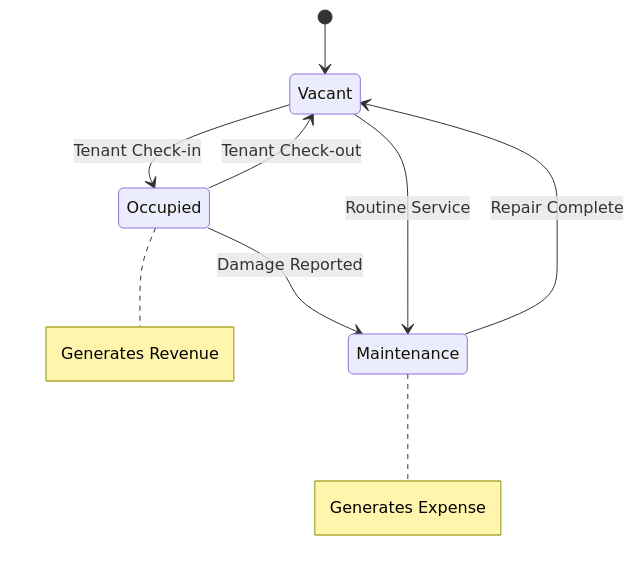
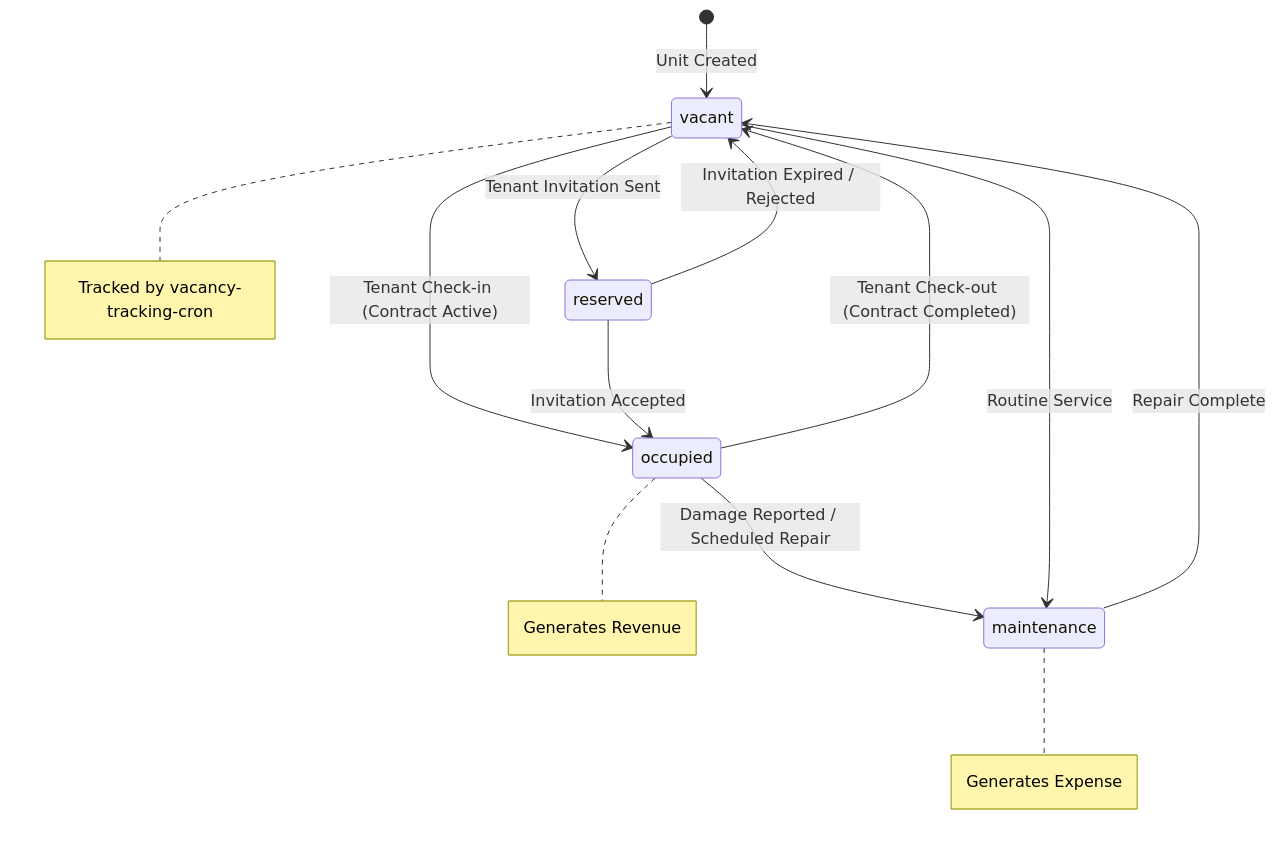
Before and after one commit to itsramaa/Sistem-Hunian: the fifth of 24 diagrams in docs/business-process.md, drawn with Mermaid. The commit also changed other lines of this file, not shown here.

````diff
--- a/docs/business-process.md
+++ b/docs/business-process.md
@@ -227,15 +252,20 @@
 ```mermaid
 stateDiagram-v2
-    [*] --> Vacant
+    [*] --> vacant: Unit Created
     
-    Vacant --> Occupied: Tenant Check-in
-    Occupied --> Vacant: Tenant Check-out
+    vacant --> occupied: Tenant Check-in (Contract Active)
+    occupied --> vacant: Tenant Check-out (Contract Completed)
     
-    Occupied --> Maintenance: Damage Reported
-    Vacant --> Maintenance: Routine Service
+    occupied --> maintenance: Damage Reported / Scheduled Repair
+    vacant --> maintenance: Routine Service
     
-    Maintenance --> Vacant: Repair Complete
+    maintenance --> vacant: Repair Complete
     
-    Note right of Occupied: Generates Revenue
-    Note right of Maintenance: Generates Expense
+    vacant --> reserved: Tenant Invitation Sent
+    reserved --> occupied: Invitation Accepted
+    reserved --> vacant: Invitation Expired / Rejected
+    
+    Note right of occupied: Generates Revenue
+    Note right of maintenance: Generates Expense
+    Note right of vacant: Tracked by vacancy-tracking-cron
 ```
````
